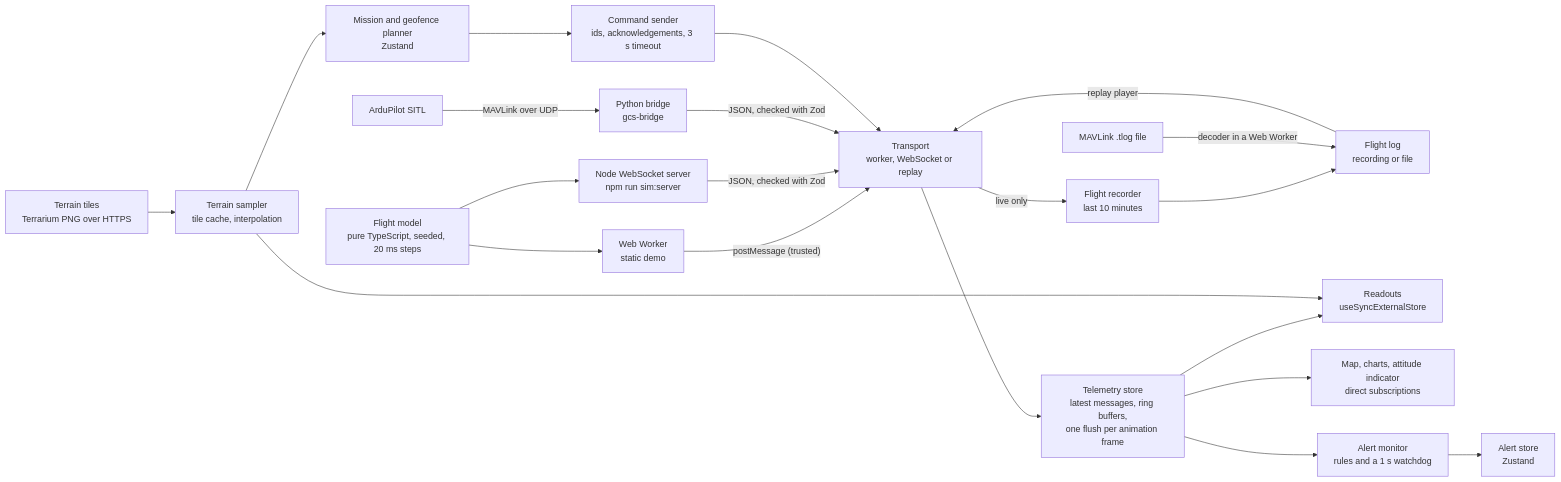
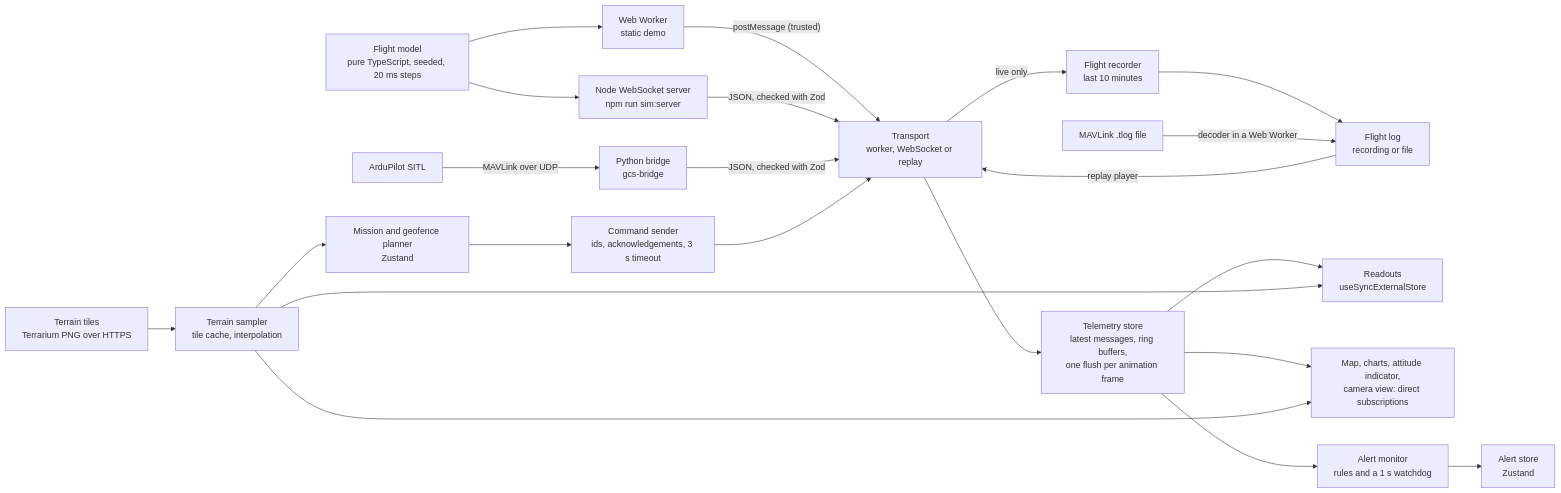
Before and after one commit to Nikita-Beliaiev/mini-gcs: the first of 5 diagrams in docs/architecture.md, drawn with Mermaid. The commit also changed other lines of this file and 2 other files, not shown here.

First line of the commit message:
docs: describe the camera and mark phase 9 done

````diff
--- a/docs/architecture.md
+++ b/docs/architecture.md
@@ -9,24 +9,25 @@
 ```mermaid
 flowchart LR
   model["Flight model<br/>pure TypeScript, seeded, 20 ms steps"]
   model --> worker["Web Worker<br/>static demo"]
   model --> server["Node WebSocket server<br/>npm run sim:server"]
   sitl["ArduPilot SITL"] -- "MAVLink over UDP" --> bridge["Python bridge<br/>gcs-bridge"]
   worker -- "postMessage (trusted)" --> transport["Transport<br/>worker, WebSocket or replay"]
   server -- "JSON, checked with Zod" --> transport
   bridge -- "JSON, checked with Zod" --> transport
   transport -- "live only" --> recorder["Flight recorder<br/>last 10 minutes"]
   recorder --> log["Flight log<br/>recording or file"]
   tlog["MAVLink .tlog file"] -- "decoder in a Web Worker" --> log
   log -- "replay player" --> transport
   transport --> telemetry["Telemetry store<br/>latest messages, ring buffers,<br/>one flush per animation frame"]
   telemetry --> readouts["Readouts<br/>useSyncExternalStore"]
-  telemetry --> direct["Map, charts, attitude indicator<br/>direct subscriptions"]
+  telemetry --> direct["Map, charts, attitude indicator,<br/>camera view: direct subscriptions"]
   telemetry --> monitor["Alert monitor<br/>rules and a 1 s watchdog"]
   monitor --> alertStore["Alert store<br/>Zustand"]
   planner["Mission and geofence planner<br/>Zustand"] --> sender["Command sender<br/>ids, acknowledgements, 3 s timeout"]
   sender --> transport
   tiles["Terrain tiles<br/>Terrarium PNG over HTTPS"] --> terrain["Terrain sampler<br/>tile cache, interpolation"]
   terrain --> readouts
   terrain --> planner
+  terrain --> direct
 ```
````
